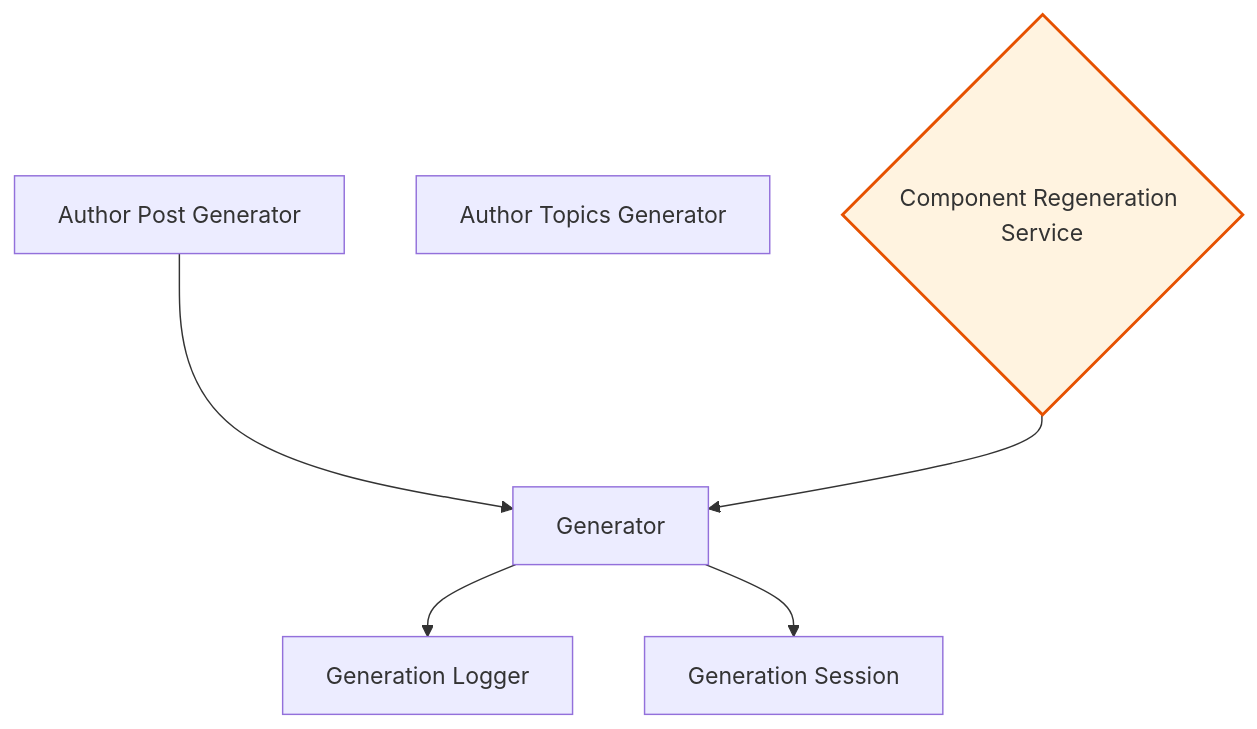
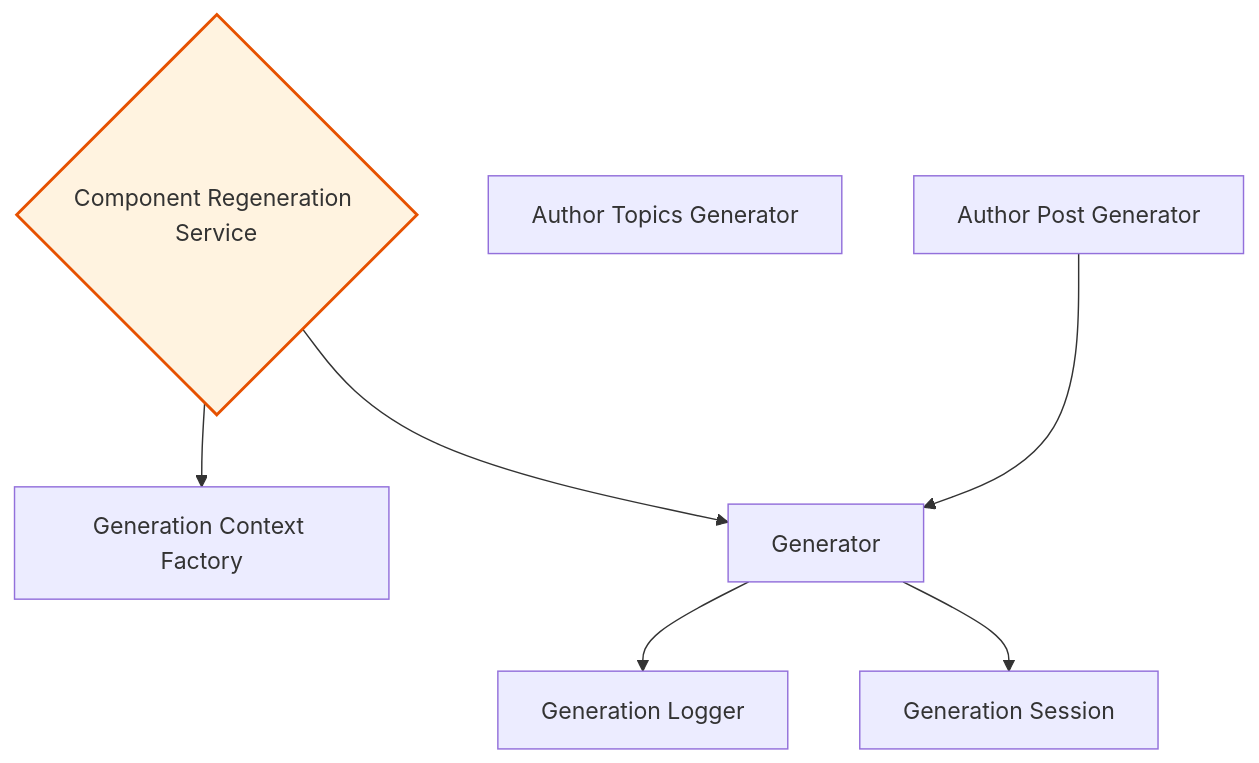
One commit to rpnunez/wp-ai-scheduler changed the second of 10 diagrams in docs/feature-report.md. Above: the diagram before and after it, drawn with Mermaid. The commit also changed other lines of this file and 3 other files, not shown here.

````diff
--- a/docs/feature-report.md
+++ b/docs/feature-report.md
@@ -101,21 +102,23 @@
 ```mermaid
 flowchart TD
     %% Core Generation Architecture
 
     Author_Post_Generator["Author Post Generator"]
     Author_Topics_Generator["Author Topics Generator"]
     Component_Regeneration_Service{"Component Regeneration Service"}
+    Generation_Context_Factory["Generation Context Factory"]
     Generation_Logger["Generation Logger"]
     Generation_Session["Generation Session"]
     Generator["Generator"]
 
     Author_Post_Generator --> Generator
+    Component_Regeneration_Service --> Generation_Context_Factory
     Component_Regeneration_Service --> Generator
     Generator --> Generation_Logger
     Generator --> Generation_Session
 
     classDef repository fill:#e1f5ff,stroke:#01579b,stroke-width:2px
     classDef service fill:#fff3e0,stroke:#e65100,stroke-width:2px
     classDef controller fill:#f3e5f5,stroke:#4a148c,stroke-width:2px
     class Component_Regeneration_Service service
 ```
````
